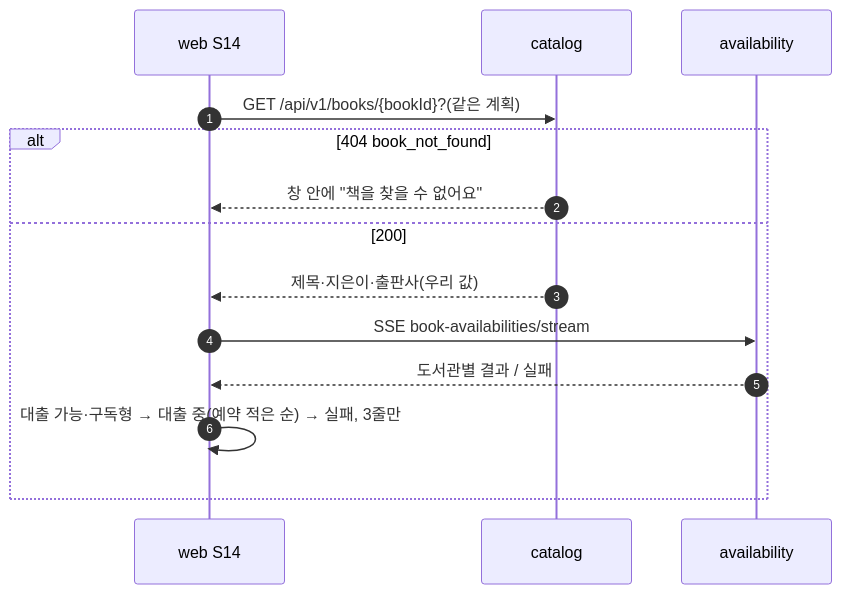
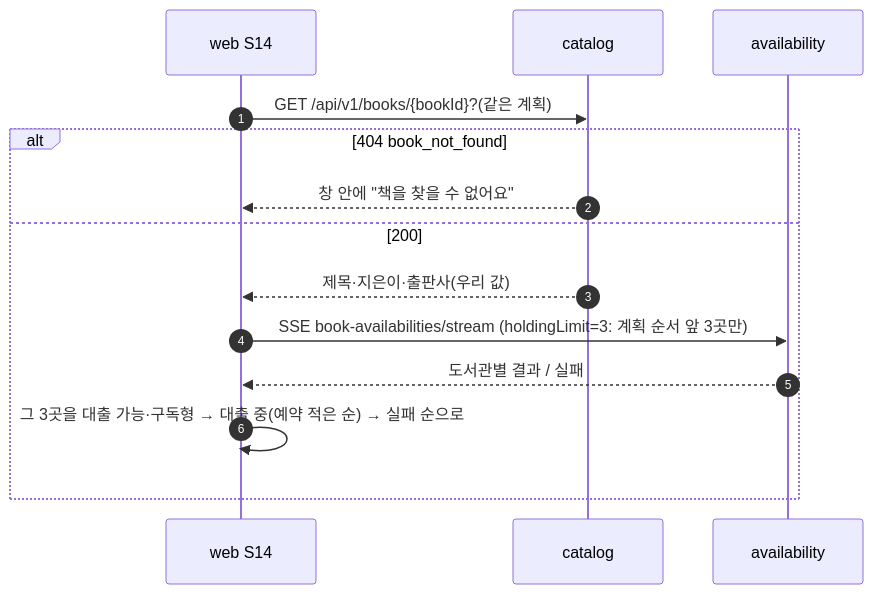
One commit to hodu-sketch/chaekcheck-plan changed the fourth of 7 diagrams in docs/cycles/10-popular-books/design-delta.md. Above: the diagram before and after it, drawn with Mermaid. The commit also changed other lines of this file and 17 other files, not shown here.

````diff
--- a/docs/cycles/10-popular-books/design-delta.md
+++ b/docs/cycles/10-popular-books/design-delta.md
@@ -101,16 +101,16 @@
 ```mermaid
 sequenceDiagram
   autonumber
   participant W as web S14
   participant C as catalog
   participant A as availability
   W->>C: GET /api/v1/books/{bookId}?(같은 계획)
   alt 404 book_not_found
     C-->>W: 창 안에 "책을 찾을 수 없어요"
   else 200
     C-->>W: 제목·지은이·출판사(우리 값)
-    W->>A: SSE book-availabilities/stream
+    W->>A: SSE book-availabilities/stream (holdingLimit=3: 계획 순서 앞 3곳만)
     A-->>W: 도서관별 결과 / 실패
-    W->>W: 대출 가능·구독형 → 대출 중(예약 적은 순) → 실패, 3줄만
+    W->>W: 그 3곳을 대출 가능·구독형 → 대출 중(예약 적은 순) → 실패 순으로
   end
 ```
````
